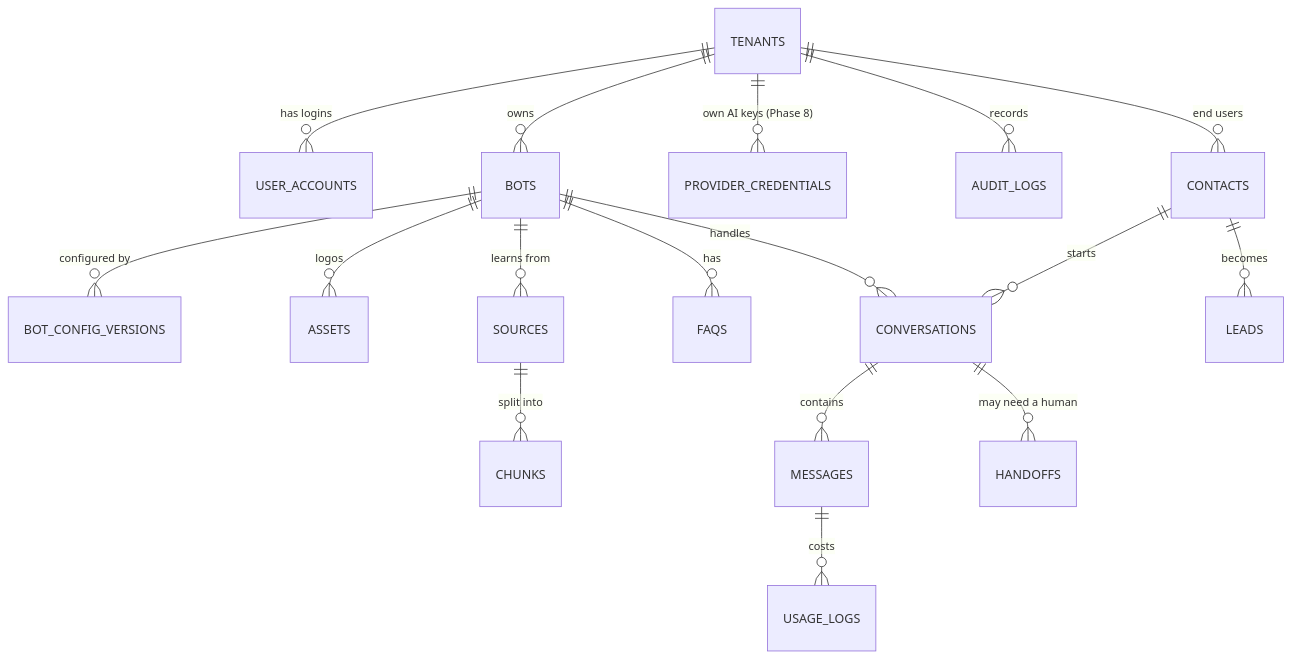
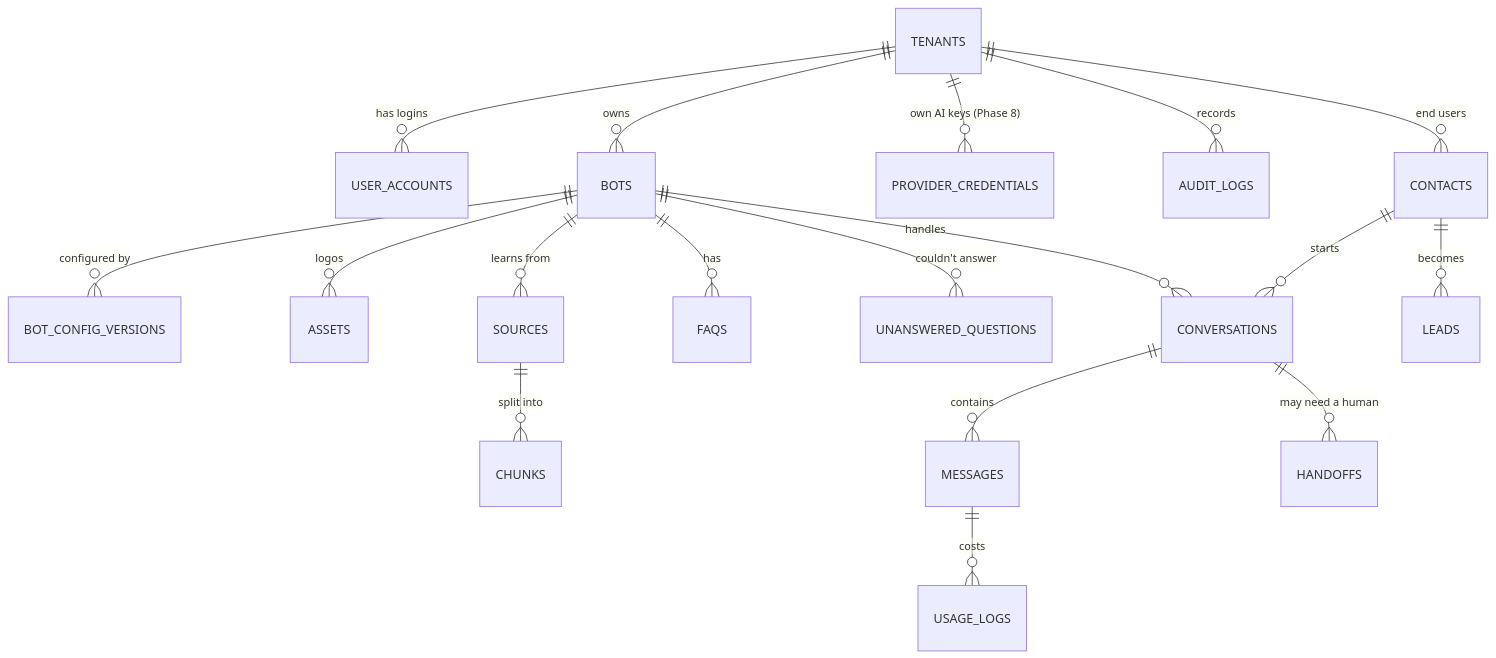
Diagram 13 of 17 in docs/CODE_GUIDE.md (md-sahil-analyst22/chatbot-platform), drawn with Mermaid before and after one commit. The commit also changed other lines of this file and 94 other files, not shown here.

````diff
--- a/docs/CODE_GUIDE.md
+++ b/docs/CODE_GUIDE.md
@@ -372,19 +437,20 @@
 ```mermaid
 erDiagram
     TENANTS ||--o{ USER_ACCOUNTS : "has logins"
     TENANTS ||--o{ BOTS : owns
     TENANTS ||--o{ PROVIDER_CREDENTIALS : "own AI keys (Phase 8)"
     TENANTS ||--o{ AUDIT_LOGS : records
     TENANTS ||--o{ CONTACTS : "end users"
     BOTS ||--o{ BOT_CONFIG_VERSIONS : "configured by"
     BOTS ||--o{ ASSETS : "logos"
     BOTS ||--o{ SOURCES : "learns from"
     SOURCES ||--o{ CHUNKS : "split into"
     BOTS ||--o{ FAQS : has
+    BOTS ||--o{ UNANSWERED_QUESTIONS : "couldn't answer"
     BOTS ||--o{ CONVERSATIONS : handles
     CONTACTS ||--o{ CONVERSATIONS : starts
     CONVERSATIONS ||--o{ MESSAGES : contains
     CONVERSATIONS ||--o{ HANDOFFS : "may need a human"
     CONTACTS ||--o{ LEADS : becomes
     MESSAGES ||--o{ USAGE_LOGS : costs
 ```
````
